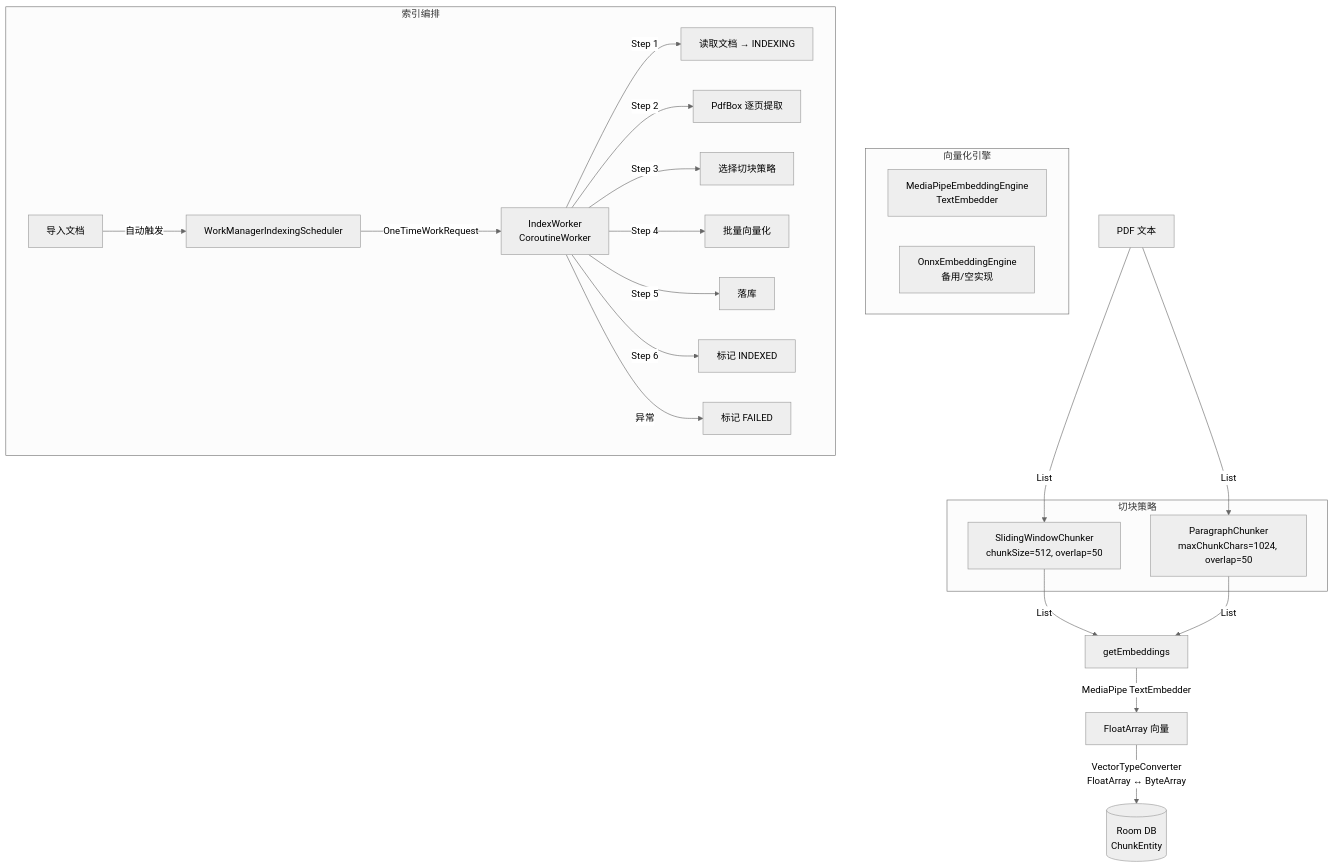
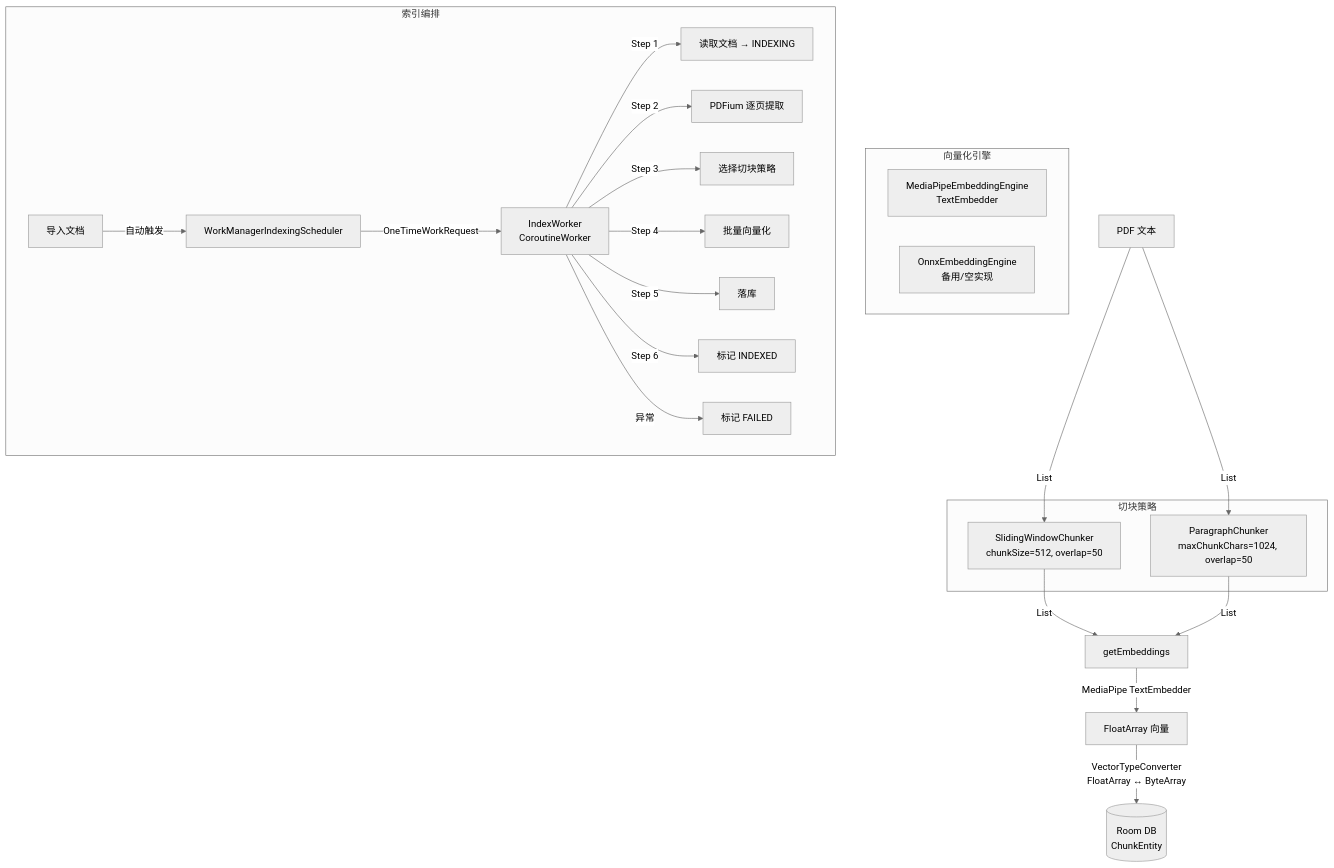
One commit to stuid-maker/pocketpdf-android changed the fifth of 21 diagrams in docs/ARCHITECTURE.md. Above: the diagram before and after it, drawn with Mermaid (neutral theme). The commit also changed other lines of this file and 31 other files, not shown here.

````diff
--- a/docs/ARCHITECTURE.md
+++ b/docs/ARCHITECTURE.md
@@ -167,31 +170,31 @@
 ```mermaid
 graph TD
     subgraph 切块策略
         SW[SlidingWindowChunker<br/>chunkSize=512, overlap=50]
         PC[ParagraphChunker<br/>maxChunkChars=1024, overlap=50]
     end
     
     subgraph 向量化引擎
         MP[MediaPipeEmbeddingEngine<br/>TextEmbedder]
         ONNX[OnnxEmbeddingEngine<br/>备用/空实现]
     end
     
     PDF[PDF 文本] -->|List<String>| SW
     PDF -->|List<String>| PC
     SW -->|List<DocumentChunk>| Embed[getEmbeddings]
     PC -->|List<DocumentChunk>| Embed
     Embed -->|MediaPipe TextEmbedder| Vec[FloatArray 向量]
     Vec -->|VectorTypeConverter<br/>FloatArray ↔ ByteArray| Room[(Room DB<br/>ChunkEntity)]
     
     subgraph 索引编排
         Import[导入文档] -->|自动触发| Scheduler[WorkManagerIndexingScheduler]
         Scheduler -->|OneTimeWorkRequest| IW[IndexWorker<br/>CoroutineWorker]
         IW -->|Step 1| ReadDoc[读取文档 → INDEXING]
-        IW -->|Step 2| ExtractText[PdfBox 逐页提取]
+        IW -->|Step 2| ExtractText[PDFium 逐页提取]
         IW -->|Step 3| ChooseChunker[选择切块策略]
         IW -->|Step 4| BatchEmbed[批量向量化]
         IW -->|Step 5| SaveChunks[落库]
         IW -->|Step 6| MarkIndexed[标记 INDEXED]
         IW -->|异常| MarkFailed[标记 FAILED]
     end
 ```
````
